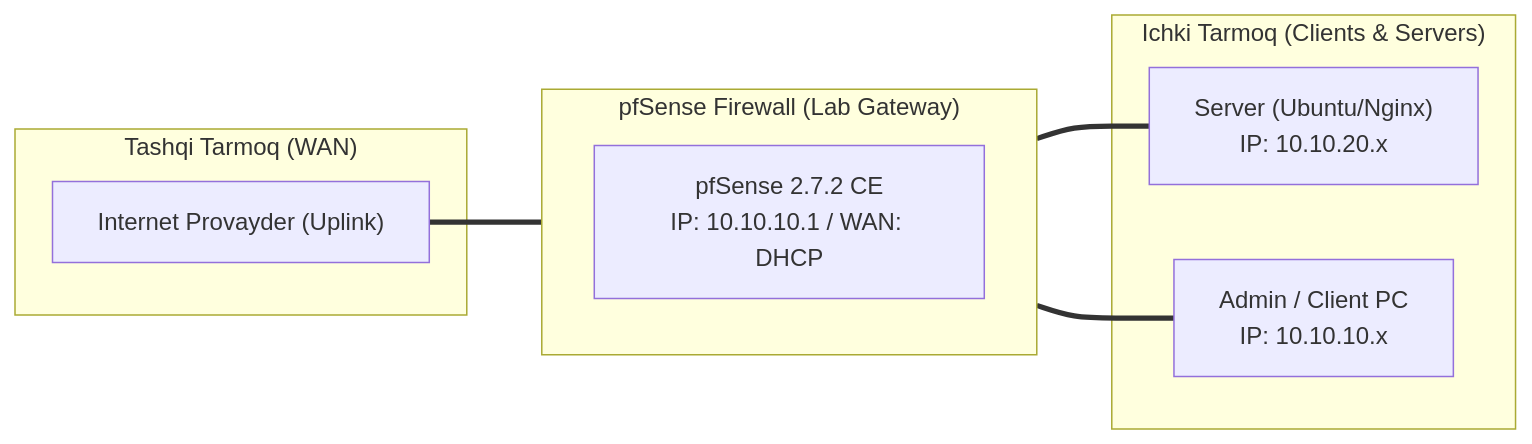
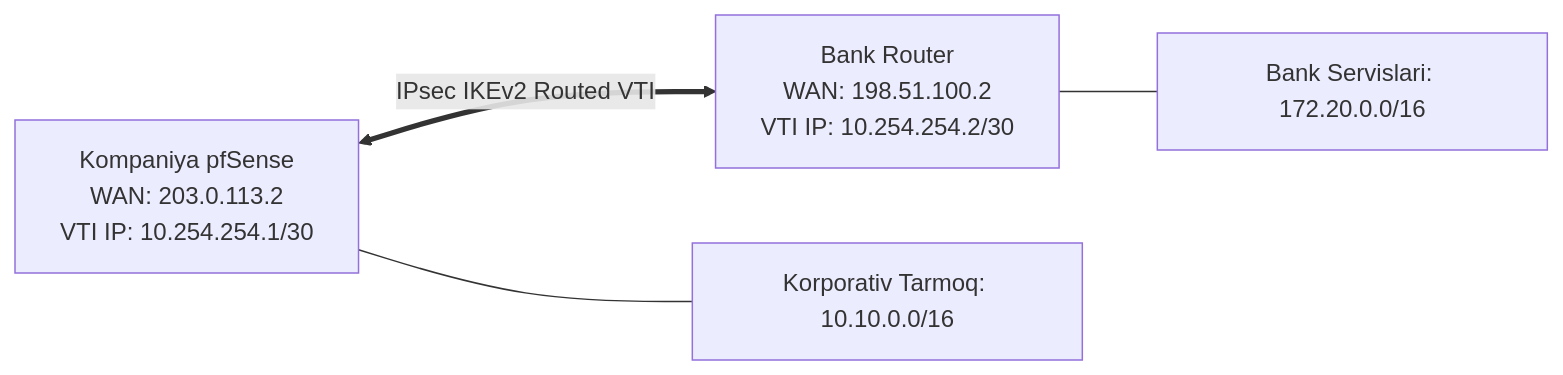
The diagram in day-13/lab.md (sarvartech/pfsense-30-days), drawn with Mermaid before and after one commit. The commit also changed other lines of this file and 16 other files, not shown here.

````diff
--- a/day-13/lab.md
+++ b/day-13/lab.md
@@ -19,20 +16,10 @@
 ```mermaid
 flowchart LR
-    subgraph WAN_ZONE["Tashqi Tarmoq (WAN)"]
-        ISP["Internet Provayder (Uplink)"]
-    end
-
-    subgraph PFSENSE["pfSense Firewall (Lab Gateway)"]
-        direction TB
-        FW["pfSense 2.7.2 CE\nIP: 10.10.10.1 / WAN: DHCP"]
-    end
-
-    subgraph INTERNAL["Ichki Tarmoq (Clients & Servers)"]
-        SRV["Server (Ubuntu/Nginx)\nIP: 10.10.20.x"]
-        PC["Admin / Client PC\nIP: 10.10.10.x"]
-    end
-
-    ISP === PFSENSE
-    PFSENSE === SRV
-    PFSENSE === PC
+    PF_CORP["Kompaniya pfSense
+WAN: 203.0.113.2
+VTI IP: 10.254.254.1/30"] <== "IPsec IKEv2 Routed VTI" ==> PF_BANK["Bank Router
+WAN: 198.51.100.2
+VTI IP: 10.254.254.2/30"]
+    PF_CORP --- LAN_CORP["Korporativ Tarmoq: 10.10.0.0/16"]
+    PF_BANK --- LAN_BANK["Bank Servislari: 172.20.0.0/16"]
 ```
````
